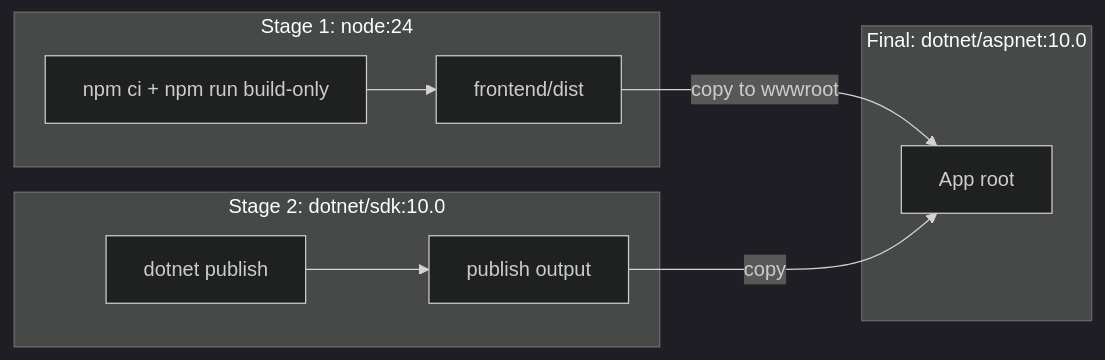
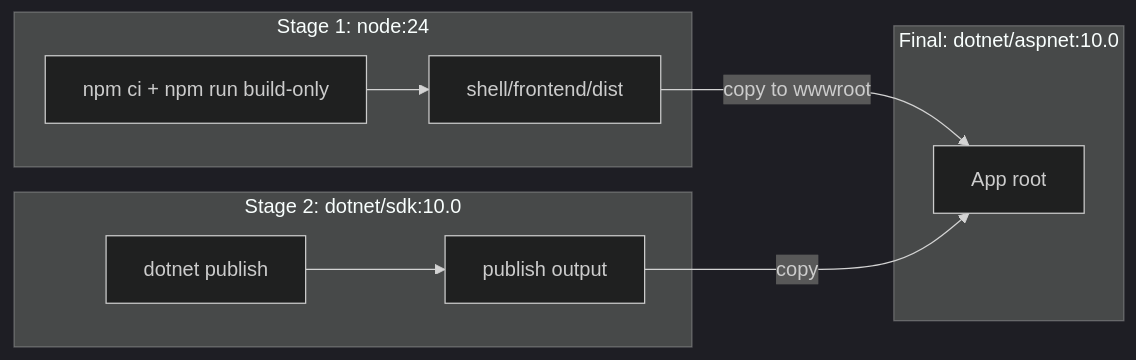
One commit to hbeaster/extension-shell changed the third of 3 diagrams in docs/architecture/001-initial-architecture.md. Above: the diagram before and after it, drawn with Mermaid (dark theme). The commit also changed 74 other files, not shown here.

````diff
--- a/docs/architecture/001-initial-architecture.md
+++ b/docs/architecture/001-initial-architecture.md
@@ -53,14 +53,14 @@
 ```mermaid
 flowchart LR
     subgraph stage1 [Stage 1: node:24]
-        F[npm ci + npm run build-only] --> dist[frontend/dist]
+        F[npm ci + npm run build-only] --> dist[shell/frontend/dist]
     end
     subgraph stage2 [Stage 2: dotnet/sdk:10.0]
         Bk[dotnet publish] --> pub[publish output]
     end
     subgraph final [Final: dotnet/aspnet:10.0]
         R[App root]
     end
     dist -->|copy to wwwroot| R
     pub -->|copy| R
 ```
````
